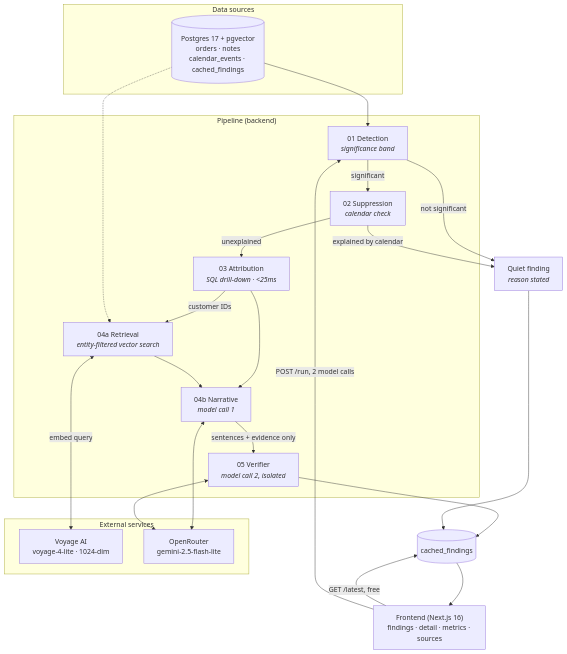
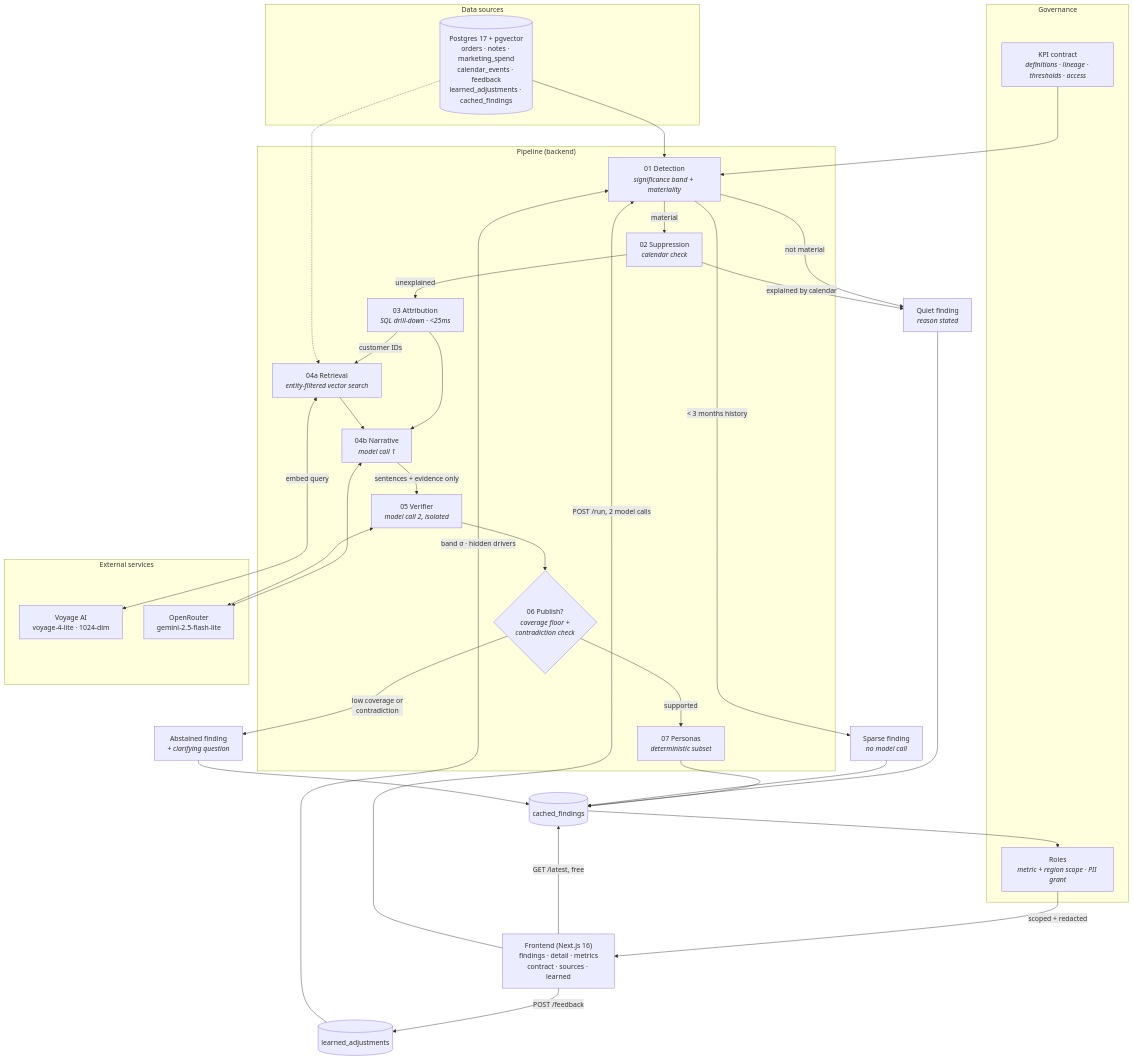
Before and after one commit to Because-ai/because.ai-backend: the diagram in README.md, drawn with Mermaid. The commit also changed other lines of this file and 2 other files, not shown here.

````diff
--- a/README.md
+++ b/README.md
@@ -130,41 +194,58 @@
 ```mermaid
 flowchart TD
     subgraph sources["Data sources"]
-        PG[("Postgres 17 + pgvector<br/>orders · notes<br/>calendar_events · cached_findings")]
+        PG[("Postgres 17 + pgvector<br/>orders · notes · marketing_spend<br/>calendar_events · feedback<br/>learned_adjustments · cached_findings")]
+    end
+
+    subgraph govern["Governance"]
+        KC["KPI contract<br/><i>definitions · lineage · thresholds · access</i>"]
+        RL["Roles<br/><i>metric + region scope · PII grant</i>"]
     end
 
     subgraph pipeline["Pipeline (backend)"]
-        D["01 Detection<br/><i>significance band</i>"]
+        D["01 Detection<br/><i>significance band + materiality</i>"]
         S["02 Suppression<br/><i>calendar check</i>"]
         A["03 Attribution<br/><i>SQL drill-down · &lt;25ms</i>"]
         R["04a Retrieval<br/><i>entity-filtered vector search</i>"]
         N["04b Narrative<br/><i>model call 1</i>"]
         V["05 Verifier<br/><i>model call 2, isolated</i>"]
+        DEC{"06 Publish?<br/><i>coverage floor +<br/>contradiction check</i>"}
+        P["07 Personas<br/><i>deterministic subset</i>"]
     end
 
     subgraph external["External services"]
         VO["Voyage AI<br/>voyage-4-lite · 1024-dim"]
         OR["OpenRouter<br/>gemini-2.5-flash-lite"]
     end
 
-    UI["Frontend (Next.js 16)<br/>findings · detail · metrics · sources"]
+    UI["Frontend (Next.js 16)<br/>findings · detail · metrics<br/>contract · sources · learned"]
 
+    KC --> D
+    LA[("learned_adjustments")] -->|"band σ · hidden drivers"| D
     PG --> D
-    D -->|"not significant"| QUIET["Quiet finding<br/><i>reason stated</i>"]
-    D -->|"significant"| S
+    D -->|"&lt; 3 months history"| SPARSE["Sparse finding<br/><i>no model call</i>"]
+    D -->|"not material"| QUIET["Quiet finding<br/><i>reason stated</i>"]
+    D -->|"material"| S
     S -->|"explained by calendar"| QUIET
     S -->|"unexplained"| A
     A -->|"customer IDs"| R
     PG -.-> R
     R <-->|"embed query"| VO
     A --> N
     R --> N
     N <--> OR
     N -->|"sentences + evidence only"| V
     V <--> OR
-    V --> CACHE[("cached_findings")]
+    V --> DEC
+    DEC -->|"low coverage or<br/>contradiction"| ABST["Abstained finding<br/><i>+ clarifying question</i>"]
+    DEC -->|"supported"| P
+    P --> CACHE[("cached_findings")]
     QUIET --> CACHE
-    CACHE --> UI
+    SPARSE --> CACHE
+    ABST --> CACHE
+    CACHE --> RL
+    RL -->|"scoped + redacted"| UI
     UI -->|"GET /latest, free"| CACHE
     UI -->|"POST /run, 2 model calls"| D
+    UI -->|"POST /feedback"| LA
 ```
````
